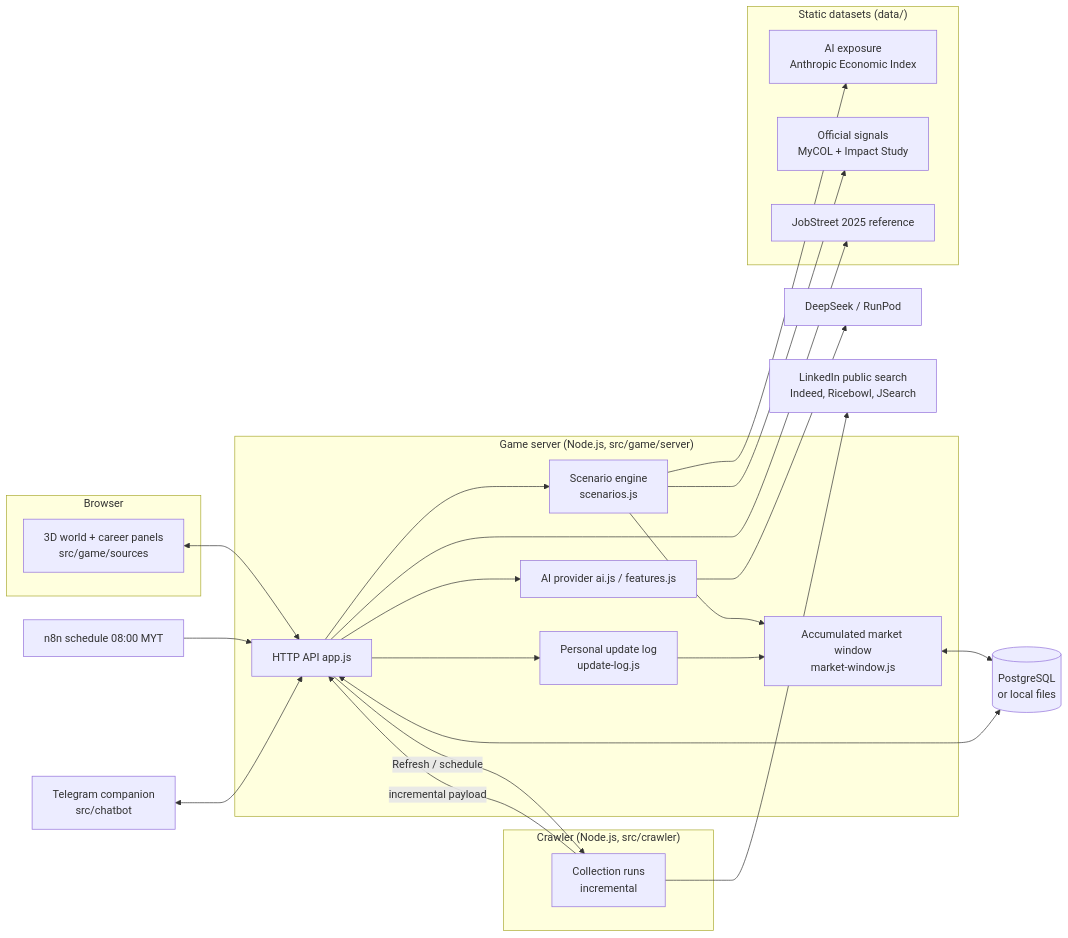
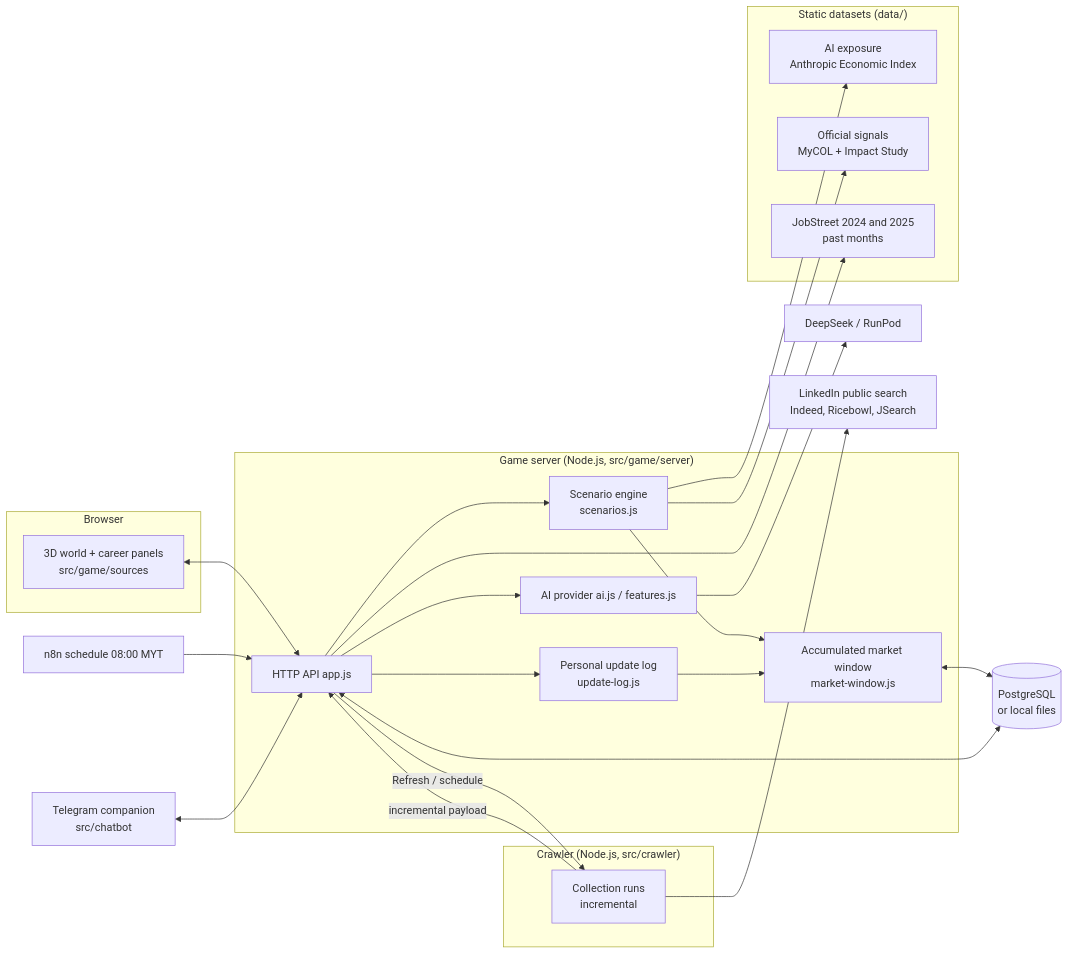
One commit to Aloysius8895/xmumHack changed the diagram in docs/SYSTEM.md. Above: the diagram before and after it, drawn with Mermaid. The commit also changed other lines of this file and 61 other files, not shown here.

First line of the commit message:
Add DOSM weighting, JobStreet history and no-regret learning path

````diff
--- a/docs/SYSTEM.md
+++ b/docs/SYSTEM.md
@@ -19,40 +19,40 @@
 ```mermaid
 flowchart LR
     subgraph Browser
         UI[3D world + career panels<br/>src/game/sources]
     end
     subgraph Game["Game server (Node.js, src/game/server)"]
         API[HTTP API app.js]
         ENG[Scenario engine<br/>scenarios.js]
         WIN[Accumulated market window<br/>market-window.js]
         LOG[Personal update log<br/>update-log.js]
         AIX[AI provider ai.js / features.js]
     end
     subgraph Crawler["Crawler (Node.js, src/crawler)"]
         CR[Collection runs<br/>incremental]
     end
     subgraph Data["Static datasets (data/)"]
         AEI[AI exposure<br/>Anthropic Economic Index]
         MYC[Official signals<br/>MyCOL + Impact Study]
-        JS[JobStreet 2025 reference]
+        JS[JobStreet 2024 and 2025<br/>past months]
     end
     DB[(PostgreSQL<br/>or local files)]
     LLM[DeepSeek / RunPod]
     JOBS[LinkedIn public search<br/>Indeed, Ricebowl, JSearch]
     N8N[n8n schedule 08:00 MYT]
     BOT[Telegram companion<br/>src/chatbot]
 
     UI <--> API
     API --> ENG --> WIN
     API --> LOG --> WIN
     API --> AIX --> LLM
     API -- Refresh / schedule --> CR --> JOBS
     CR -- incremental payload --> API
     N8N --> API
     WIN <--> DB
     API <--> DB
     ENG --> AEI
     ENG --> MYC
     API --> JS
     BOT <--> API
 ```
````
